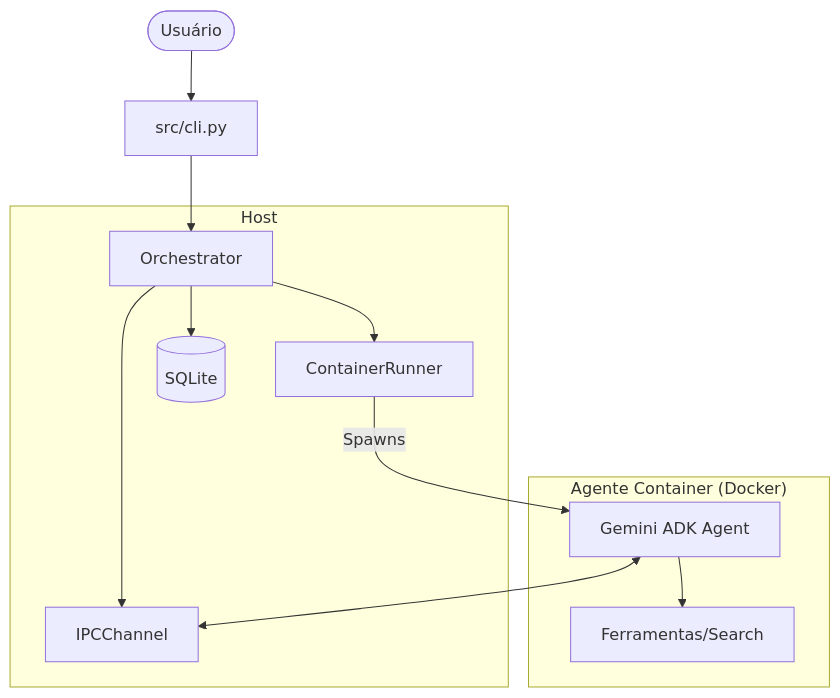
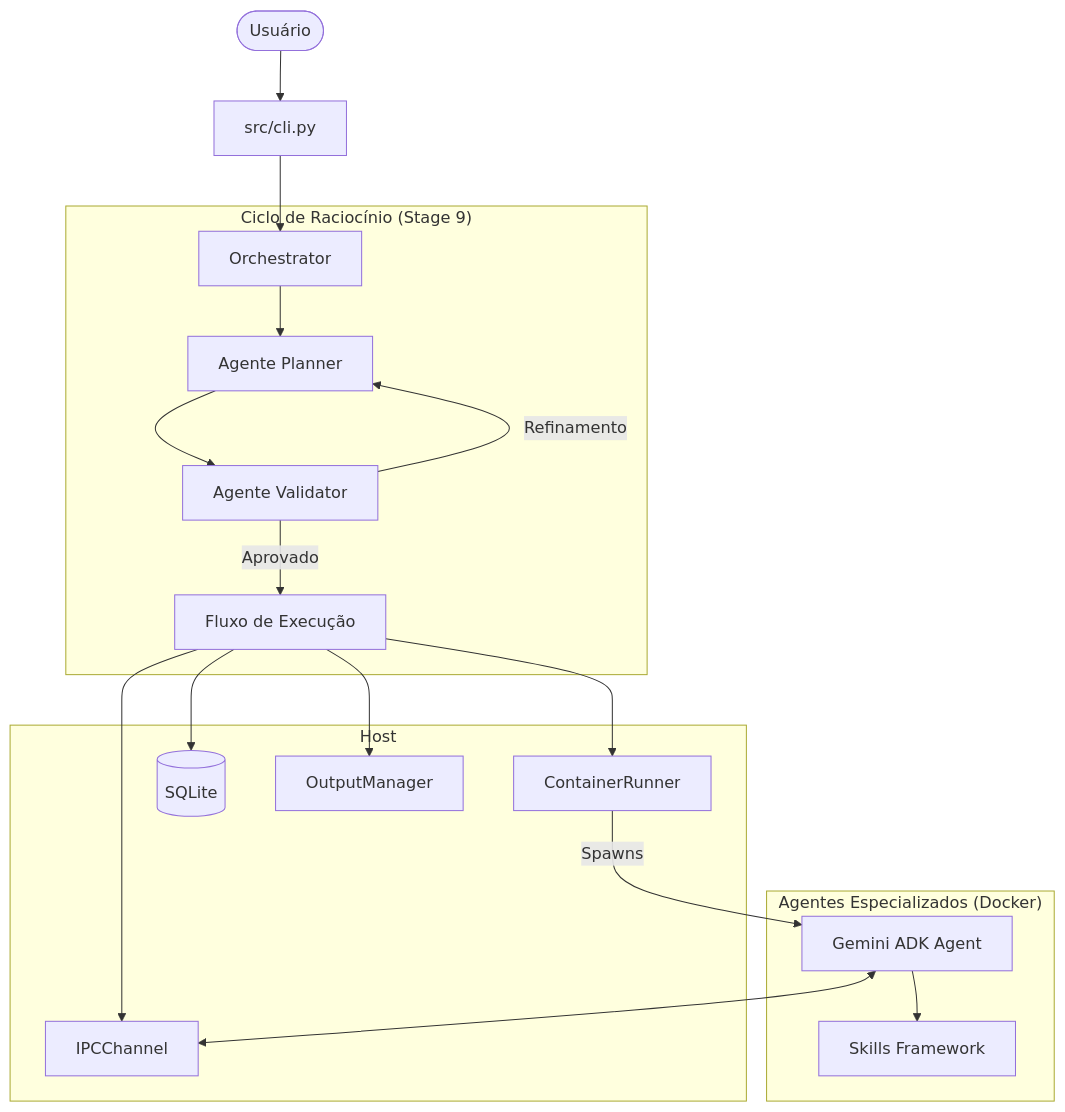
The diagram in README.md (paulormnas/geminiclaw), drawn with Mermaid before and after one commit. The commit also changed other lines of this file and 18 other files, not shown here.

Commit message:
feat(search): implementa Quick Search Skill e infraestrutura Docker Compose

````diff
--- a/README.md
+++ b/README.md
@@ -13,21 +13,29 @@
 ```mermaid
 graph TD
     User([Usuário]) --> CLI[src/cli.py]
     CLI --> Orch[Orchestrator]
     
+    subgraph "Ciclo de Raciocínio (Stage 9)"
+        Orch --> Planner[Agente Planner]
+        Planner --> Validator[Agente Validator]
+        Validator -- Refinamento --> Planner
+        Validator -- Aprovado --> ExecFlow[Fluxo de Execução]
+    end
+
     subgraph Host
-        Orch --> Runner[ContainerRunner]
-        Orch --> IPC[IPCChannel]
-        Orch --> SM[SessionManager]
+        ExecFlow --> Runner[ContainerRunner]
+        ExecFlow --> IPC[IPCChannel]
+        ExecFlow --> SM[SessionManager]
+        ExecFlow --> OM[OutputManager]
         SM[(SQLite)]
     end
     
-    subgraph "Agente Container (Docker)"
+    subgraph "Agentes Especializados (Docker)"
         Agent[Gemini ADK Agent]
-        Tools[Ferramentas/Search]
+        Skills[Skills Framework]
         Agent <--> IPC
-        Agent --> Tools
+        Agent --> Skills
     end
     
     Runner -- Spawns --> Agent
 ```
````
